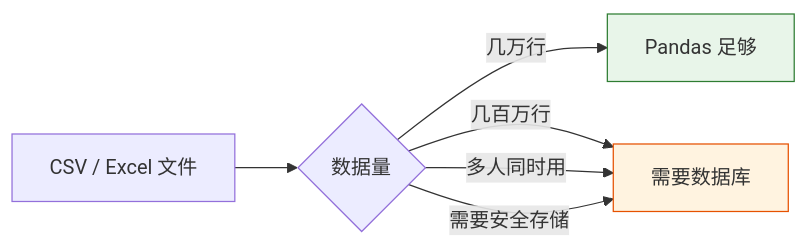
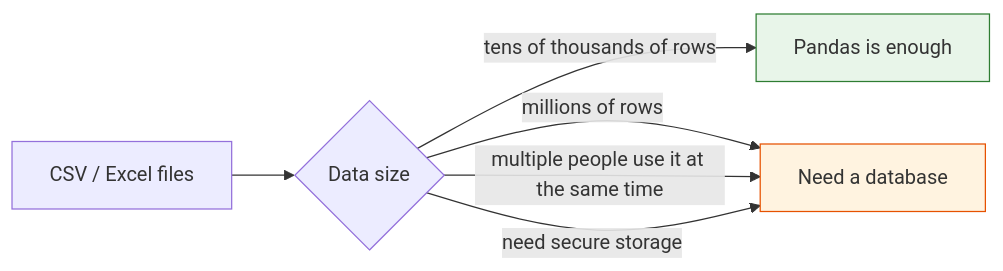
One commit to oudbiao/AI-fullstack-course changed the first of 3 diagrams in docs/ch03-data-analysis/ch05-database/01-relational-db.md. Above: the diagram before and after it, drawn with Mermaid. The commit also changed other lines of this file and 1406 other files, not shown here.

````diff
--- a/docs/ch03-data-analysis/ch05-database/01-relational-db.md
+++ b/docs/ch03-data-analysis/ch05-database/01-relational-db.md
@@ -28,11 +28,11 @@
 ```mermaid
 flowchart LR
-    A["CSV / Excel 文件"] --> B{"数据量"}
-    B -->|"几万行"| C["Pandas 足够"]
-    B -->|"几百万行"| D["需要数据库"]
-    B -->|"多人同时用"| D
-    B -->|"需要安全存储"| D
+    A["CSV / Excel files"] --> B{"Data size"}
+    B -->|"tens of thousands of rows"| C["Pandas is enough"]
+    B -->|"millions of rows"| D["Need a database"]
+    B -->|"multiple people use it at the same time"| D
+    B -->|"need secure storage"| D
 
     style C fill:#e8f5e9,stroke:#2e7d32,color:#333
     style D fill:#fff3e0,stroke:#e65100,color:#333
 ```
````
